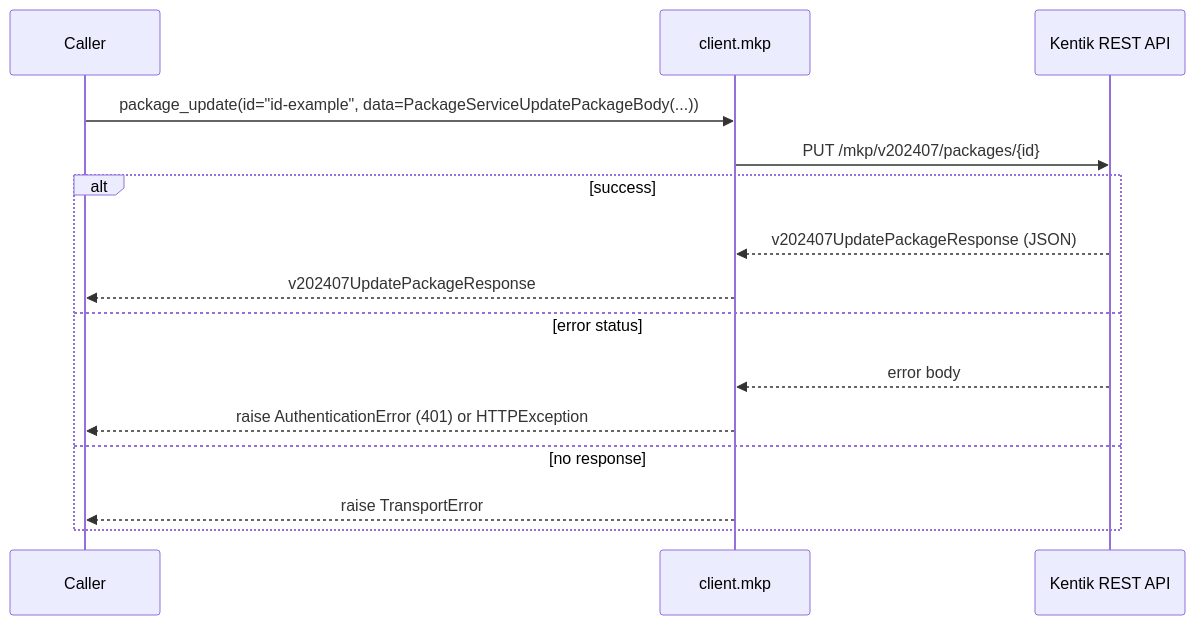
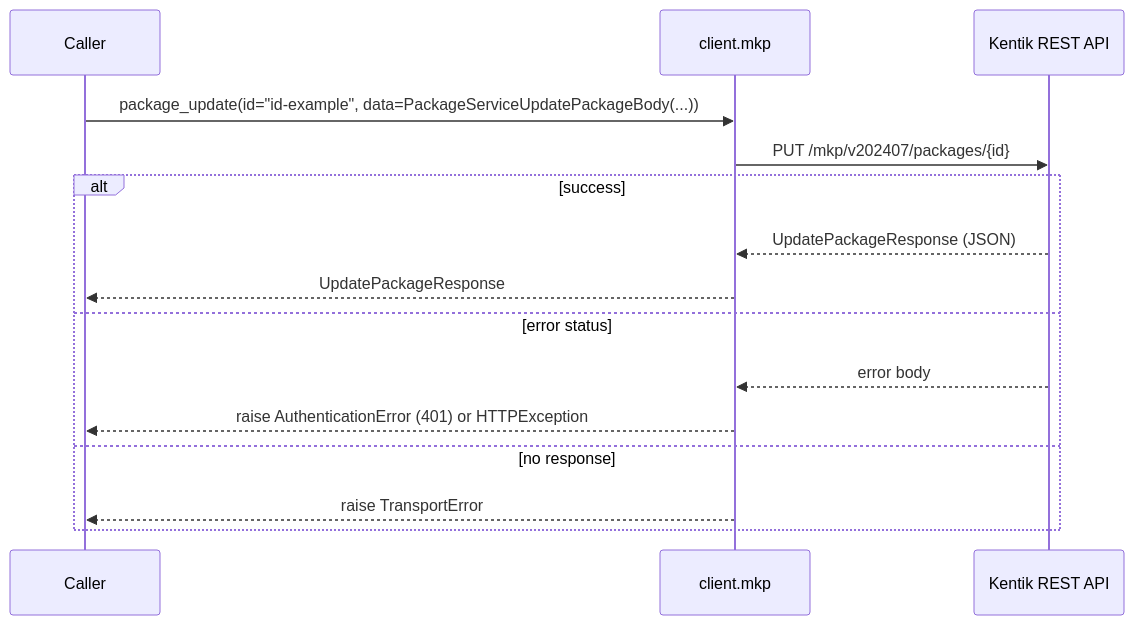
Before and after one commit to alexdearaujo/community_sdk_python: the eighth of 30 diagrams in docs/sphinx/services/mkp.md, drawn with Mermaid. The commit also changed other lines of this file and 38 other files, not shown here.

````diff
--- a/docs/sphinx/services/mkp.md
+++ b/docs/sphinx/services/mkp.md
@@ -260,18 +260,18 @@
 ```mermaid
 sequenceDiagram
     participant C as Caller
     participant W as client.mkp
     participant API as Kentik REST API
 
     C->>W: package_update(id="id-example", data=PackageServiceUpdatePackageBody(...))
     W->>API: PUT /mkp/v202407/packages/{id}
     alt success
-        API-->>W: v202407UpdatePackageResponse (JSON)
-        W-->>C: v202407UpdatePackageResponse
+        API-->>W: UpdatePackageResponse (JSON)
+        W-->>C: UpdatePackageResponse
     else error status
         API-->>W: error body
         W-->>C: raise AuthenticationError (401) or HTTPException
     else no response
         W-->>C: raise TransportError
     end
 ```
````
